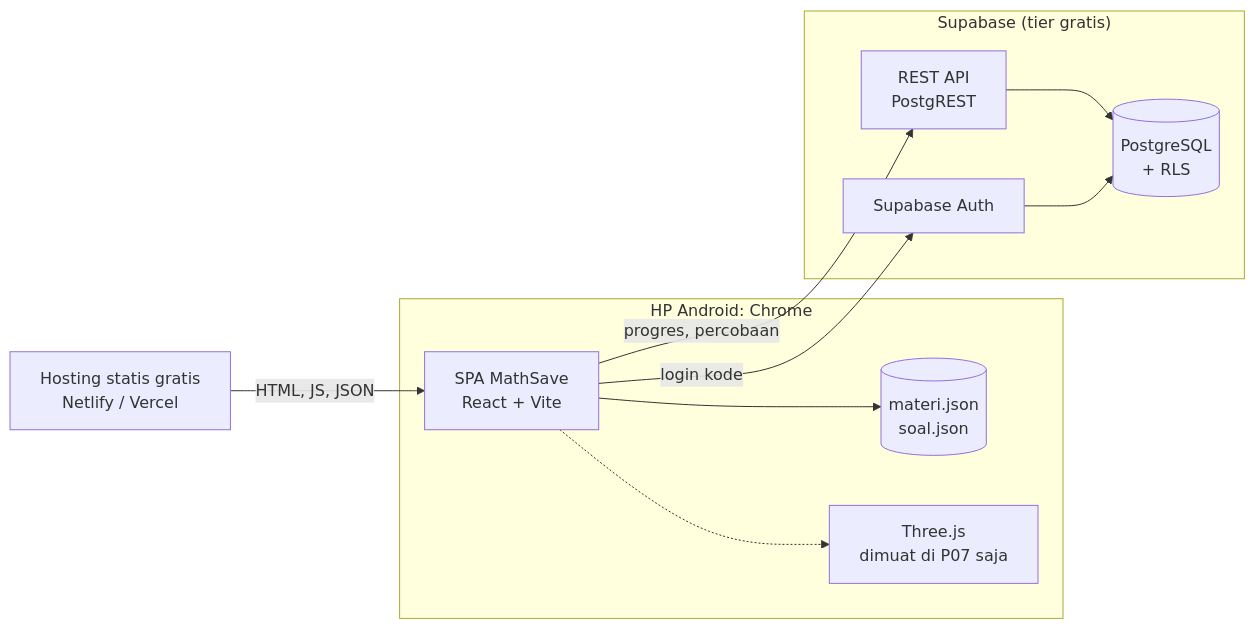
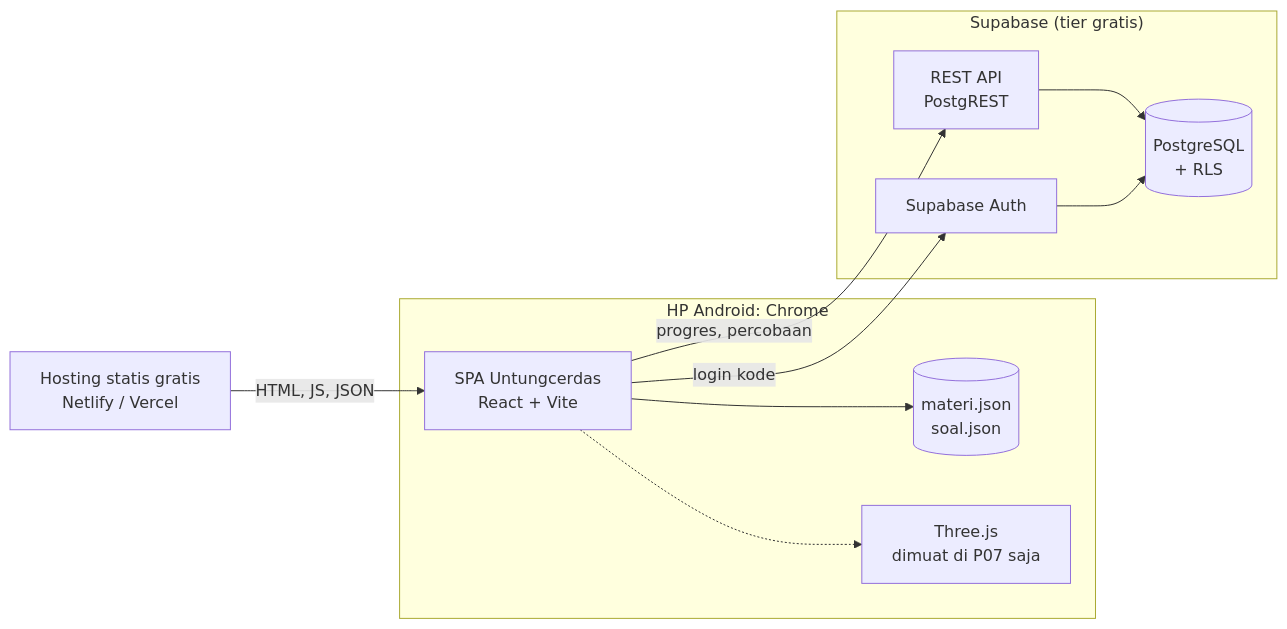
The first of 4 diagrams in docs/architecture.md (alawiahsitituti9-marker/untungcerdas), drawn with Mermaid before and after one commit. The commit also changed other lines of this file and 18 other files, not shown here.

````diff
--- a/docs/architecture.md
+++ b/docs/architecture.md
@@ -15,20 +14,20 @@
 ```mermaid
 flowchart LR
     subgraph HP["HP Android: Chrome"]
-        UI[SPA MathSave<br/>React + Vite]
+        UI[SPA Untungcerdas <br/>React + Vite]
         DATA[(materi.json<br/>soal.json)]
         T3[Three.js<br/>dimuat di P07 saja]
     end
     HOST[Hosting statis gratis<br/>Netlify / Vercel]
     subgraph SB["Supabase (tier gratis)"]
         AUTH[Supabase Auth]
         API[REST API<br/>PostgREST]
         DB[(PostgreSQL<br/>+ RLS)]
     end
     HOST -->|HTML, JS, JSON| UI
     UI --> DATA
     UI -.-> T3
     UI -->|login kode| AUTH
     UI -->|progres, percobaan| API --> DB
     AUTH --> DB
 ```
````
